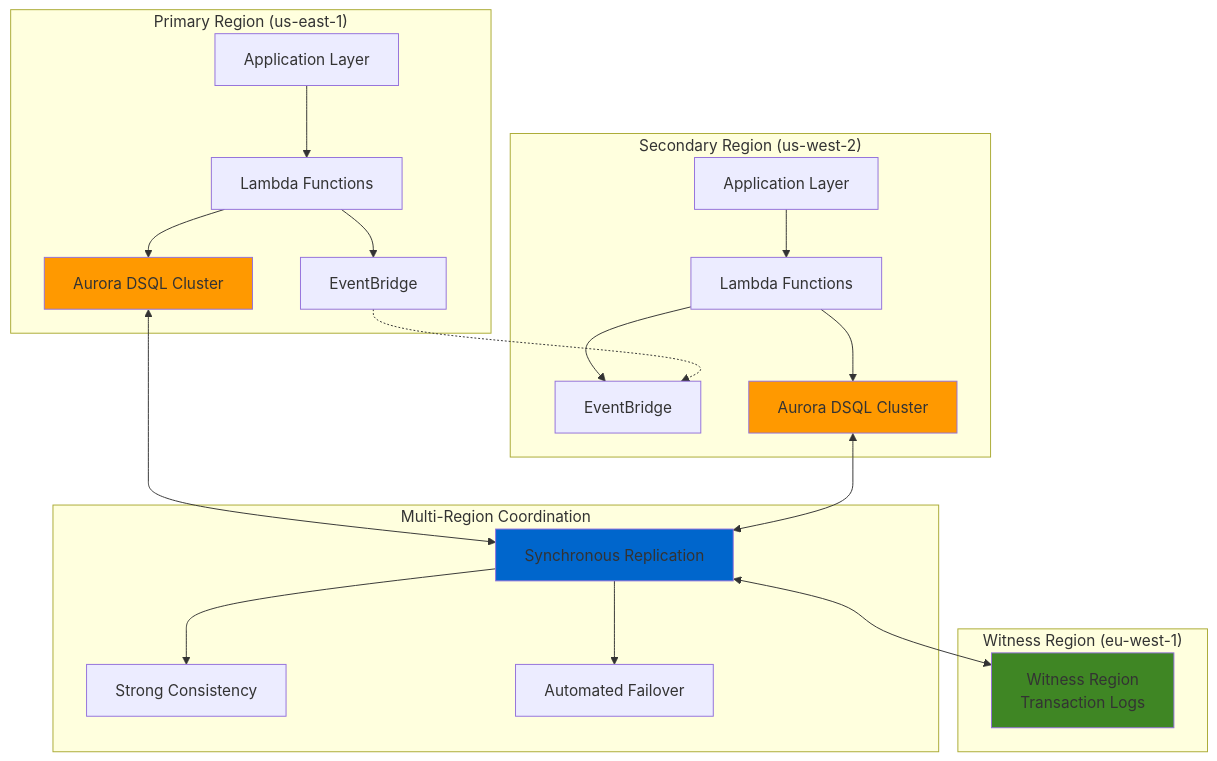
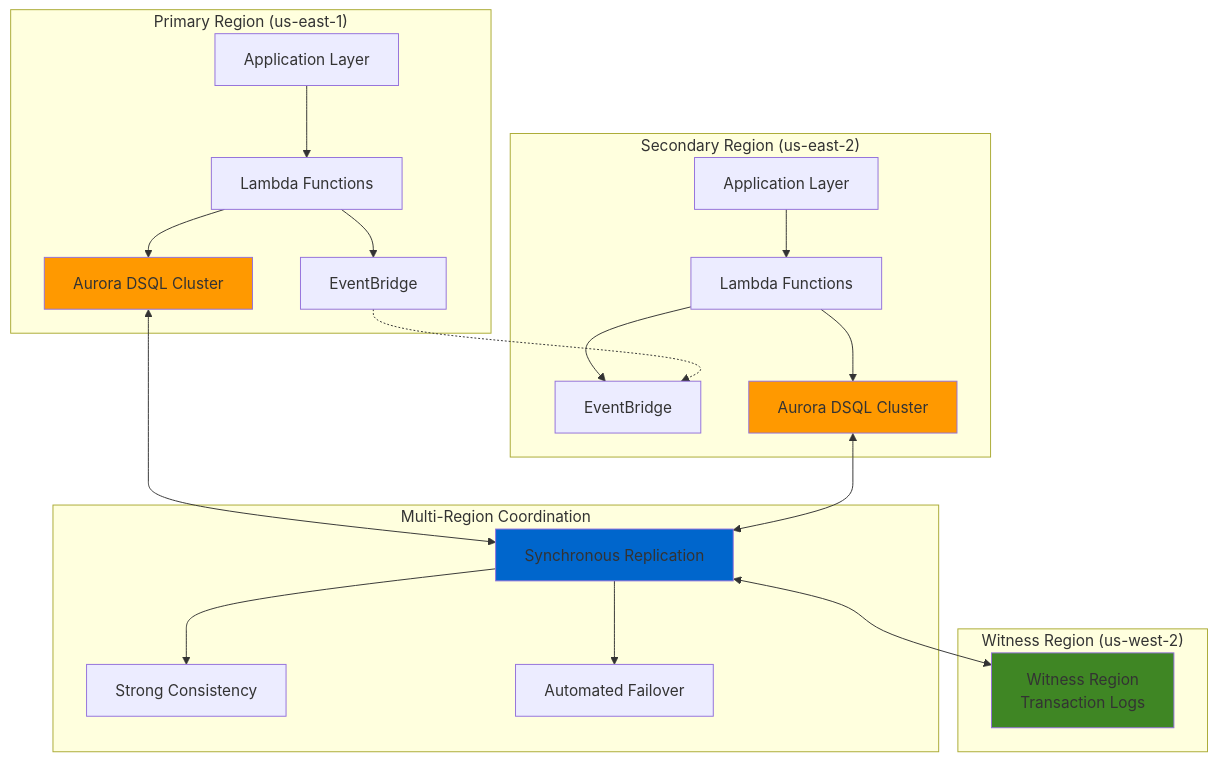
One commit to mzazon/awesome-cloud-projects changed the diagram in aws/architecting-distributed-database-applications/architecting-distributed-database-applications.md. Above: the diagram before and after it, drawn with Mermaid. The commit also changed other lines of this file and 5581 other files, not shown here.

````diff
--- a/aws/architecting-distributed-database-applications/architecting-distributed-database-applications.md
+++ b/aws/architecting-distributed-database-applications/architecting-distributed-database-applications.md
@@ -30,45 +30,45 @@
 ```mermaid
 graph TB
     subgraph "Primary Region (us-east-1)"
         APP1[Application Layer]
         LAMBDA1[Lambda Functions]
         EB1[EventBridge]
         DSQL1[Aurora DSQL Cluster]
     end
     
-    subgraph "Secondary Region (us-west-2)"
+    subgraph "Secondary Region (us-east-2)"
         APP2[Application Layer]
         LAMBDA2[Lambda Functions]
         EB2[EventBridge]
         DSQL2[Aurora DSQL Cluster]
     end
     
-    subgraph "Witness Region (eu-west-1)"
+    subgraph "Witness Region (us-west-2)"
         WITNESS[Witness Region<br/>Transaction Logs]
     end
     
     subgraph "Multi-Region Coordination"
         REPLICATION[Synchronous Replication]
         CONSISTENCY[Strong Consistency]
         FAILOVER[Automated Failover]
     end
     
     APP1 --> LAMBDA1
     APP2 --> LAMBDA2
     LAMBDA1 --> DSQL1
     LAMBDA2 --> DSQL2
     LAMBDA1 --> EB1
     LAMBDA2 --> EB2
     EB1 -.-> EB2
     
     DSQL1 <--> REPLICATION
     DSQL2 <--> REPLICATION
     REPLICATION <--> WITNESS
     REPLICATION --> CONSISTENCY
     REPLICATION --> FAILOVER
     
     style DSQL1 fill:#FF9900
     style DSQL2 fill:#FF9900
     style WITNESS fill:#3F8624
     style REPLICATION fill:#0066CC
 ```
````
